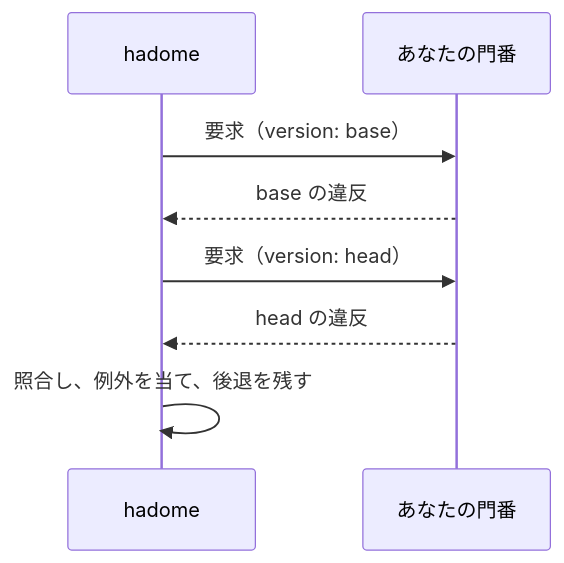
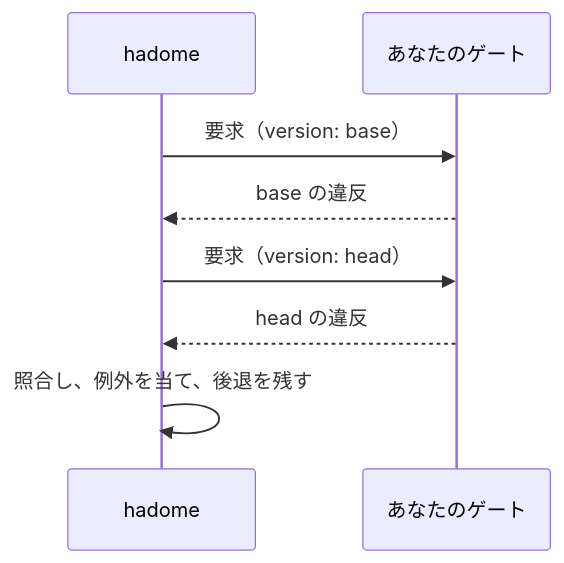
Before and after one commit to rerorets/hadome: the diagram in docs/external-gates.ja.md, drawn with Mermaid. The commit also changed other lines of this file and 18 other files, not shown here.

````diff
--- a/docs/external-gates.ja.md
+++ b/docs/external-gates.ja.md
@@ -37,10 +37,10 @@
 ```mermaid
 sequenceDiagram
   participant H as hadome
-  participant G as あなたの門番
+  participant G as あなたのゲート
   H->>G: 要求（version: base）
   G-->>H: base の違反
   H->>G: 要求（version: head）
   G-->>H: head の違反
   H->>H: 照合し、例外を当て、後退を残す
 ```
````
